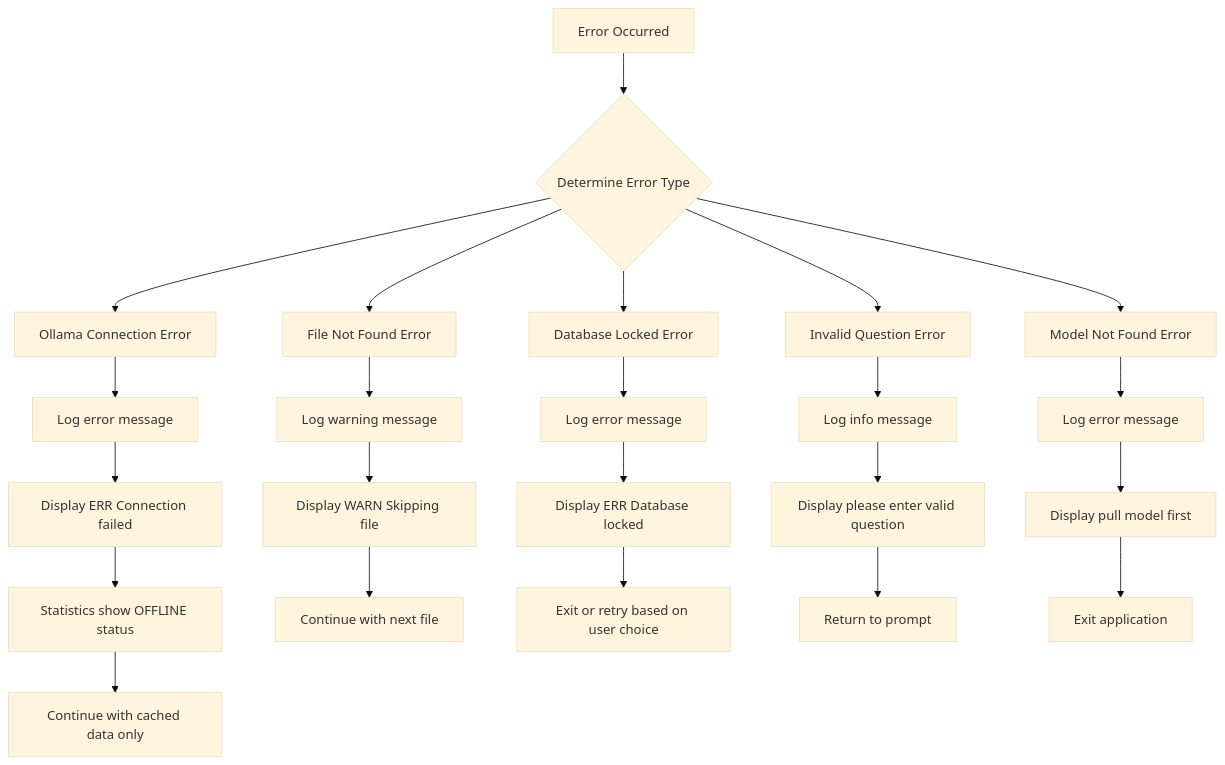
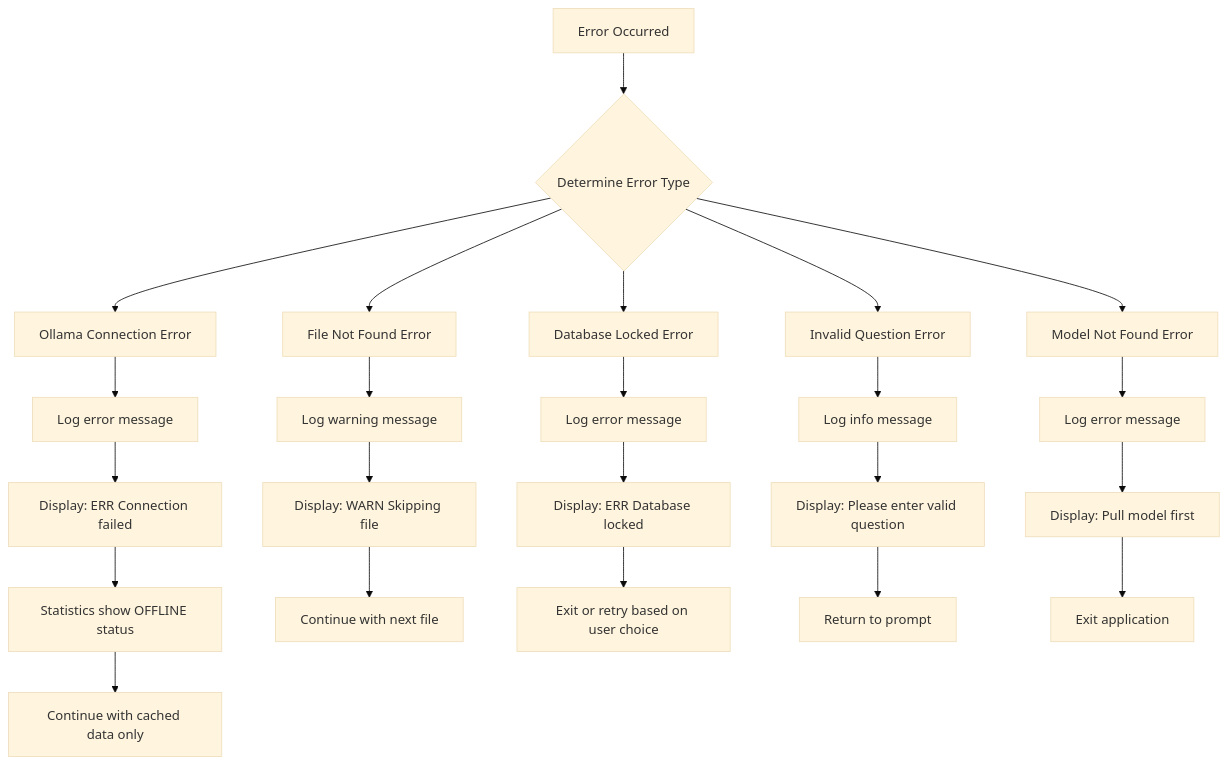
Before and after one commit to andikatjacobdennis/Local-RAG-With-OllamaSharp: the tenth of 11 diagrams in doc/Technical Architecture Document.md, drawn with Mermaid (base theme). The commit also changed other lines of this file, not shown here.

````diff
--- a/doc/Technical Architecture Document.md
+++ b/doc/Technical Architecture Document.md
@@ -742,25 +742,25 @@
 ```mermaid
 flowchart TD
     E[Error Occurred] --> TYPE{Determine Error Type}
     
     TYPE --> Ollama[Ollama Connection Error] --> O1[Log error message]
-    O1 --> O2[Display ERR Connection failed]
+    O1 --> O2[Display: ERR Connection failed]
     O2 --> O3[Statistics show OFFLINE status]
     O3 --> O4[Continue with cached data only]
     
     TYPE --> File[File Not Found Error] --> F1[Log warning message]
-    F1 --> F2[Display WARN Skipping file]
+    F1 --> F2[Display: WARN Skipping file]
     F2 --> F3[Continue with next file]
     
     TYPE --> Database[Database Locked Error] --> D1[Log error message]
-    D1 --> D2[Display ERR Database locked]
+    D1 --> D2[Display: ERR Database locked]
     D2 --> D3[Exit or retry based on user choice]
     
     TYPE --> Invalid[Invalid Question Error] --> I1[Log info message]
-    I1 --> I2[Display please enter valid question]
+    I1 --> I2[Display: Please enter valid question]
     I2 --> I3[Return to prompt]
     
     TYPE --> Model[Model Not Found Error] --> M1[Log error message]
-    M1 --> M2[Display pull model first]
+    M1 --> M2[Display: Pull model first]
     M2 --> M3[Exit application]
 ```
````
